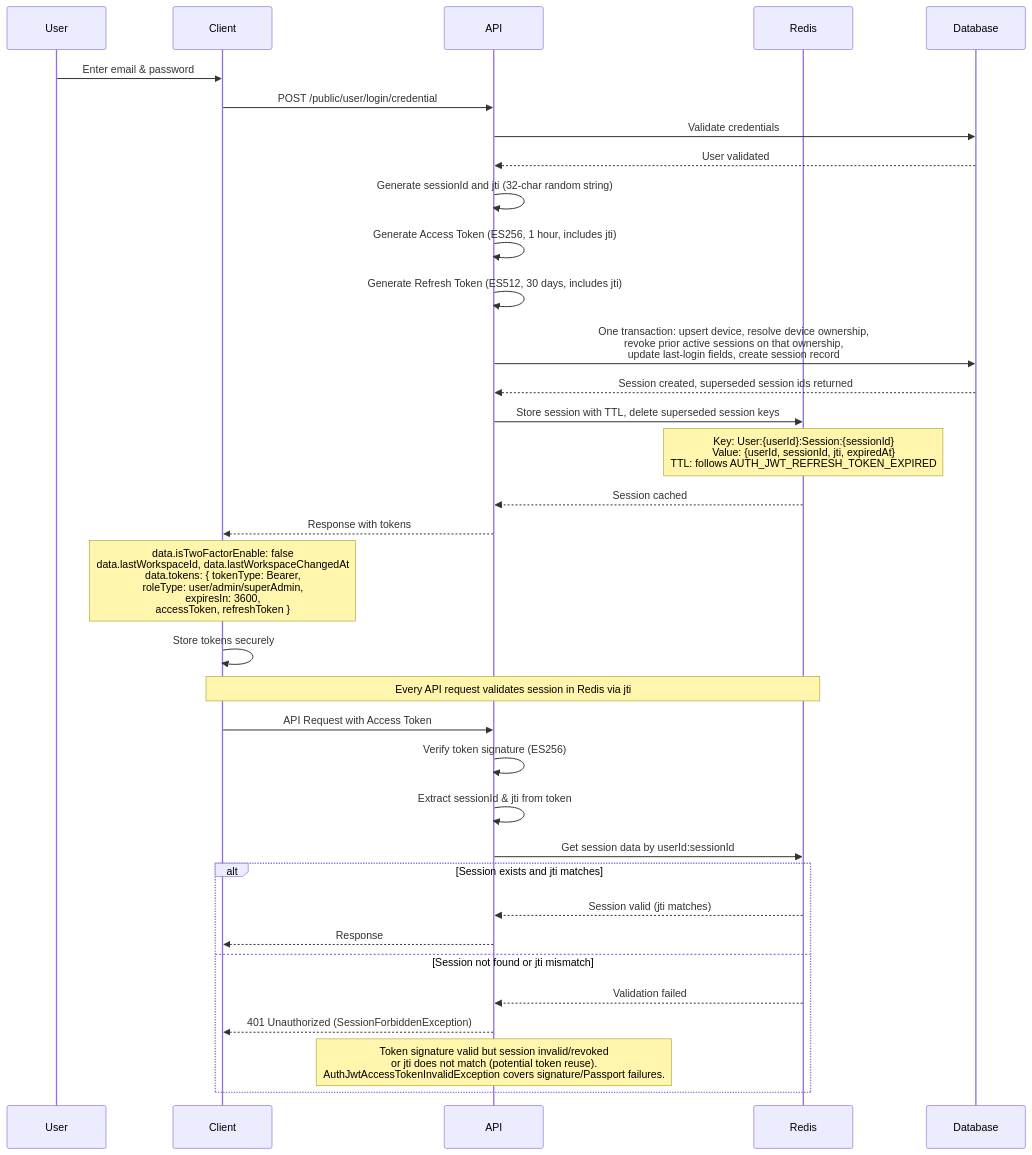
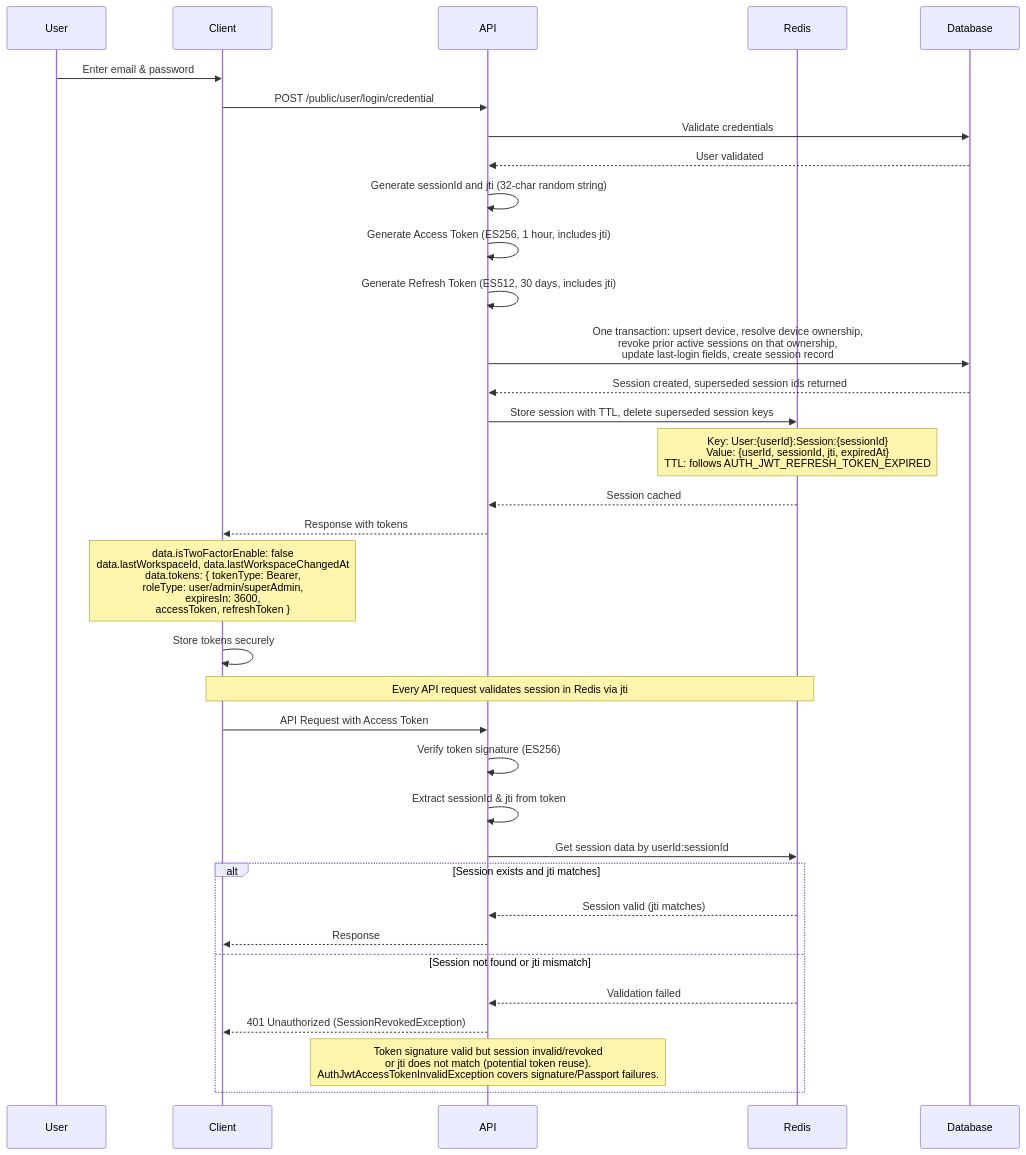
One commit to andrechristikan/ack-nestjs-boilerplate changed the second of 10 diagrams in docs/authentication.md. Above: the diagram before and after it, drawn with Mermaid. The commit also changed other lines of this file and 44 other files, not shown here.

Commit message:
fix(sweep): Close api-key hash, session revoked, ResponseFile media type, and typed Error items

````diff
--- a/docs/authentication.md
+++ b/docs/authentication.md
@@ -240,45 +240,45 @@
 ```mermaid
 sequenceDiagram
     participant User
     participant Client
     participant API
     participant Redis
     participant Database
 
     User->>Client: Enter email & password
     Client->>API: POST /public/user/login/credential
     API->>Database: Validate credentials
     Database-->>API: User validated
     
     API->>API: Generate sessionId and jti (32-char random string)
     API->>API: Generate Access Token (ES256, 1 hour, includes jti)
     API->>API: Generate Refresh Token (ES512, 30 days, includes jti)
     
     API->>Database: One transaction: upsert device, resolve device ownership,<br/>revoke prior active sessions on that ownership,<br/>update last-login fields, create session record
     Database-->>API: Session created, superseded session ids returned
     
     API->>Redis: Store session with TTL, delete superseded session keys
     Note over Redis: Key: User:{userId}:Session:{sessionId}<br/>Value: {userId, sessionId, jti, expiredAt}<br/>TTL: follows AUTH_JWT_REFRESH_TOKEN_EXPIRED
     Redis-->>API: Session cached
     
     API-->>Client: Response with tokens
     Note over Client: data.isTwoFactorEnable: false<br/>data.lastWorkspaceId, data.lastWorkspaceChangedAt<br/>data.tokens: { tokenType: Bearer,<br/>roleType: user/admin/superAdmin,<br/>expiresIn: 3600,<br/>accessToken, refreshToken }
     
     Client->>Client: Store tokens securely
     
     Note over Client,Redis: Every API request validates session in Redis via jti
     
     Client->>API: API Request with Access Token
     API->>API: Verify token signature (ES256)
     API->>API: Extract sessionId & jti from token
     API->>Redis: Get session data by userId:sessionId
     
     alt Session exists and jti matches
         Redis-->>API: Session valid (jti matches)
         API-->>Client: Response
     else Session not found or jti mismatch
         Redis-->>API: Validation failed
-        API-->>Client: 401 Unauthorized (SessionForbiddenException)
+        API-->>Client: 401 Unauthorized (SessionRevokedException)
         Note over API: Token signature valid but session invalid/revoked<br/>or jti does not match (potential token reuse).<br/>AuthJwtAccessTokenInvalidException covers signature/Passport failures.
     end
 ```
````
